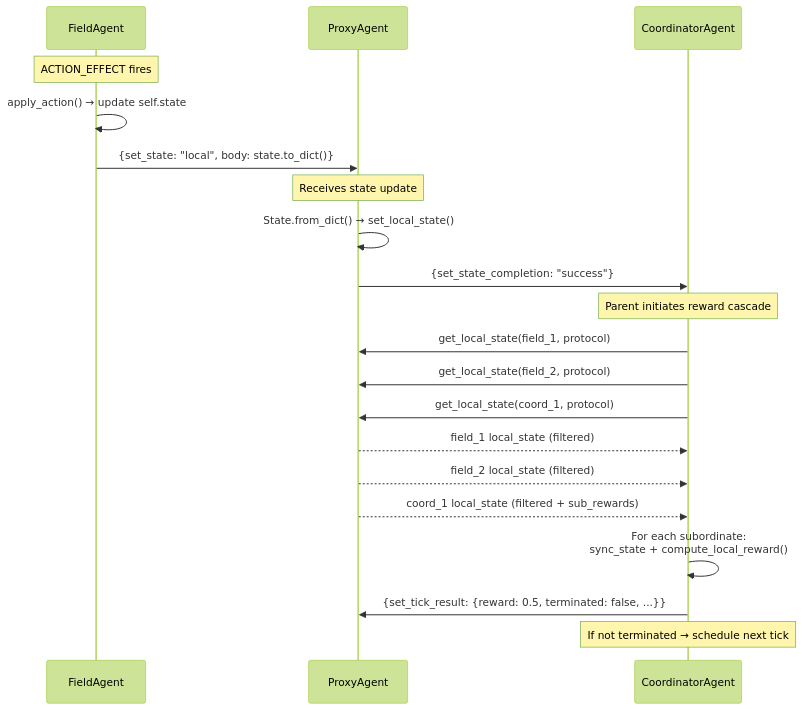
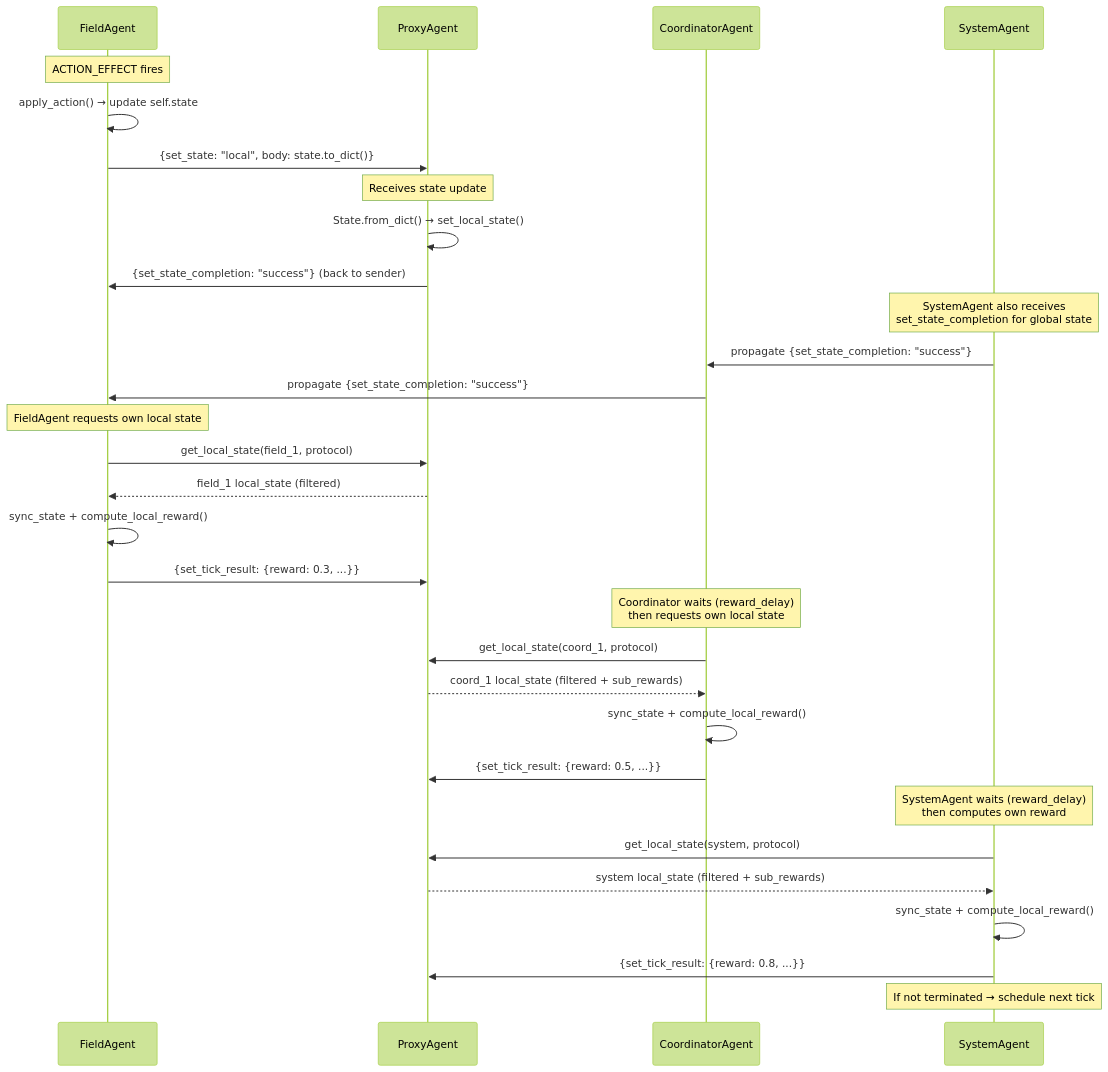
One commit to Criss-Wang/PowerGym changed diagram 11 of 14 in docs/design/HERON_FLOW_DIAGRAMS.md. Above: the diagram before and after it, drawn with Mermaid (forest theme). The commit also changed other lines of this file and 13 other files, not shown here.

````diff
--- a/docs/design/HERON_FLOW_DIAGRAMS.md
+++ b/docs/design/HERON_FLOW_DIAGRAMS.md
@@ -543,28 +563,39 @@
 ```mermaid
 sequenceDiagram
     participant FA as FieldAgent
     participant PX as ProxyAgent
     participant COORD as CoordinatorAgent
+    participant SYS as SystemAgent
 
     Note over FA: ACTION_EFFECT fires
     FA->>FA: apply_action() → update self.state
     FA->>PX: {set_state: "local", body: state.to_dict()}
 
     Note over PX: Receives state update
     PX->>PX: State.from_dict() → set_local_state()
-    PX->>COORD: {set_state_completion: "success"}
+    PX->>FA: {set_state_completion: "success"} (back to sender)
 
-    Note over COORD: Parent initiates reward cascade
-    COORD->>PX: get_local_state(field_1, protocol)
-    COORD->>PX: get_local_state(field_2, protocol)
+    Note over SYS: SystemAgent also receives<br/>set_state_completion for global state
+    SYS->>COORD: propagate {set_state_completion: "success"}
+    COORD->>FA: propagate {set_state_completion: "success"}
+
+    Note over FA: FieldAgent requests own local state
+    FA->>PX: get_local_state(field_1, protocol)
+    PX-->>FA: field_1 local_state (filtered)
+    FA->>FA: sync_state + compute_local_reward()
+    FA->>PX: {set_tick_result: {reward: 0.3, ...}}
+
+    Note over COORD: Coordinator waits (reward_delay)<br/>then requests own local state
     COORD->>PX: get_local_state(coord_1, protocol)
+    PX-->>COORD: coord_1 local_state (filtered + sub_rewards)
+    COORD->>COORD: sync_state + compute_local_reward()
+    COORD->>PX: {set_tick_result: {reward: 0.5, ...}}
 
-    PX-->>COORD: field_1 local_state (filtered)
-    PX-->>COORD: field_2 local_state (filtered)
-    PX-->>COORD: coord_1 local_state (filtered + sub_rewards)
+    Note over SYS: SystemAgent waits (reward_delay)<br/>then computes own reward
+    SYS->>PX: get_local_state(system, protocol)
+    PX-->>SYS: system local_state (filtered + sub_rewards)
+    SYS->>SYS: sync_state + compute_local_reward()
+    SYS->>PX: {set_tick_result: {reward: 0.8, ...}}
 
-    COORD->>COORD: For each subordinate:<br/>sync_state + compute_local_reward()
-    COORD->>PX: {set_tick_result: {reward: 0.5, terminated: false, ...}}
-
-    Note over COORD: If not terminated → schedule next tick
+    Note over SYS: If not terminated → schedule next tick
 ```
````
